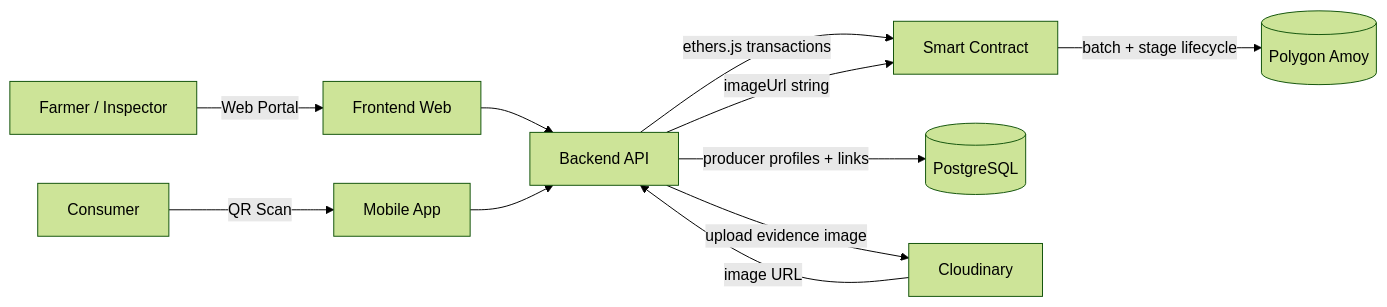
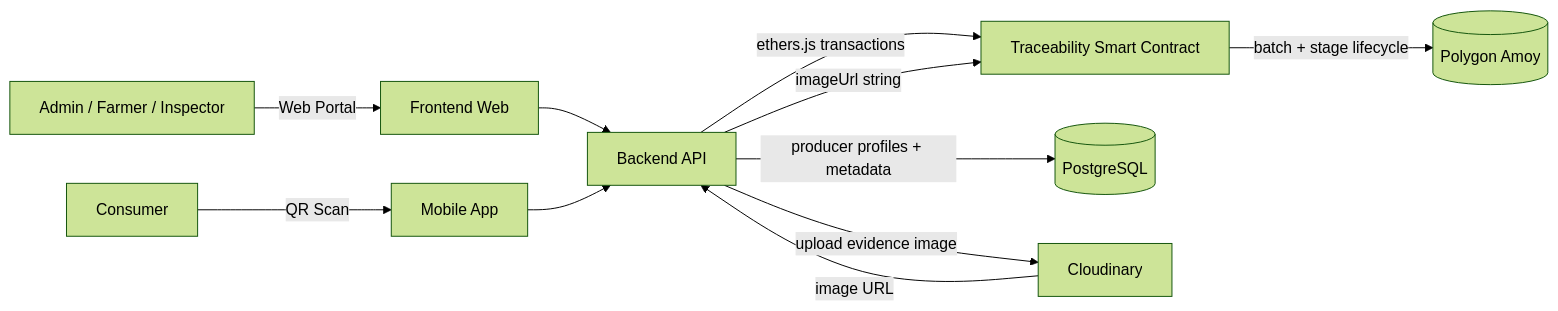
One commit to xuanhai0913/agri-traceability-system changed the first of 2 diagrams in README.md. Above: the diagram before and after it, drawn with Mermaid (forest theme). The commit also changed other lines of this file, not shown here.

````diff
--- a/README.md
+++ b/README.md
@@ -86,13 +79,13 @@
 ```mermaid
 flowchart LR
-    A[Farmer / Inspector] -->|Web Portal| B[Frontend Web]
+    A[Admin / Farmer / Inspector] -->|Web Portal| B[Frontend Web]
     C[Consumer] -->|QR Scan| D[Mobile App]
     B --> E[Backend API]
     D --> E
-    E -->|ethers.js transactions| F[Smart Contract]
+    E -->|ethers.js transactions| F[Traceability Smart Contract]
     F -->|batch + stage lifecycle| H[(Polygon Amoy)]
-    E -->|producer profiles + links| I[(PostgreSQL)]
+    E -->|producer profiles + metadata| I[(PostgreSQL)]
     E -->|upload evidence image| G[Cloudinary]
     G -->|image URL| E
     E -->|imageUrl string| F
 ```
````
